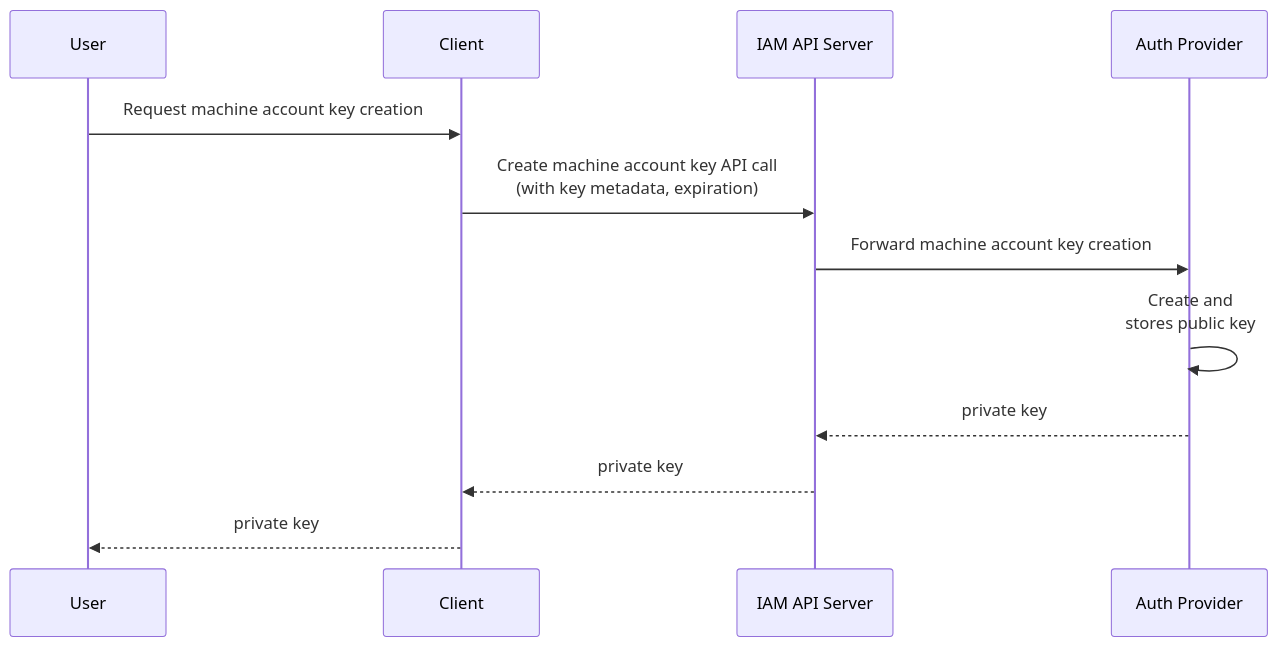
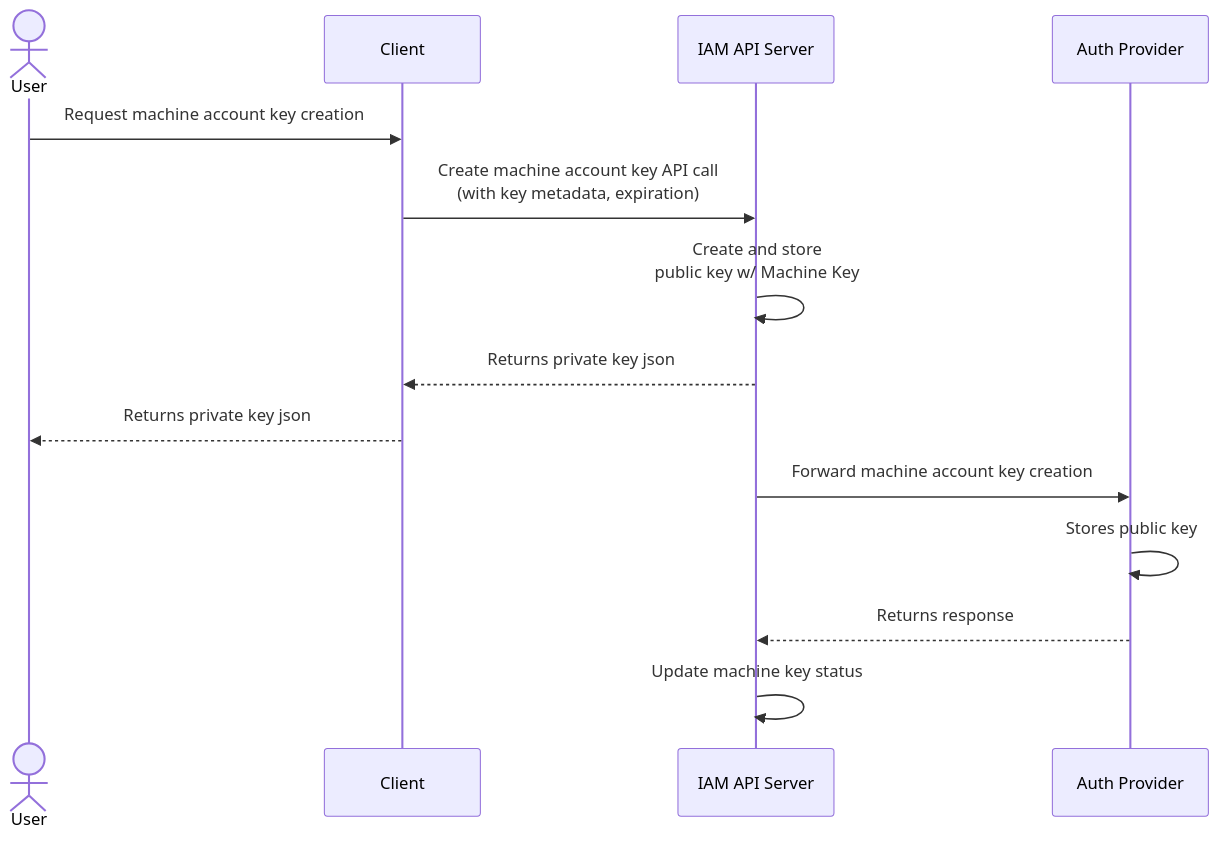
One commit to datum-cloud/enhancements changed the tenth of 13 diagrams in enhancements/platform/identity-and-access-management/authentication/README.md. Above: the diagram before and after it, drawn with Mermaid. The commit also changed other lines of this file, not shown here.

Commit message:
chore: update machine acckout key flow

````diff
--- a/enhancements/platform/identity-and-access-management/authentication/README.md
+++ b/enhancements/platform/identity-and-access-management/authentication/README.md
@@ -671,15 +671,17 @@
 ```mermaid
 sequenceDiagram
-    participant User as User
+    actor User as User
     participant Client as Client
     participant IAM as IAM API Server
     participant AuthZ as Auth Provider
 
     User->>Client: Request machine account key creation
     Client->>IAM: Create machine account key API call <br> (with key metadata, expiration)
+    IAM->>IAM: Create and store <br> public key w/ Machine Key
+    IAM-->>Client: Returns private key json
+    Client-->>User: Returns private key json
     IAM->>AuthZ: Forward machine account key creation
-    AuthZ->>AuthZ: Create and <br> stores public key
-    AuthZ-->>IAM: private key
-    IAM-->>Client: private key
-    Client-->>User: private key
+    AuthZ->>AuthZ: Stores public key
+    AuthZ-->>IAM: Returns response
+    IAM->>IAM: Update machine key status
 ```
````
